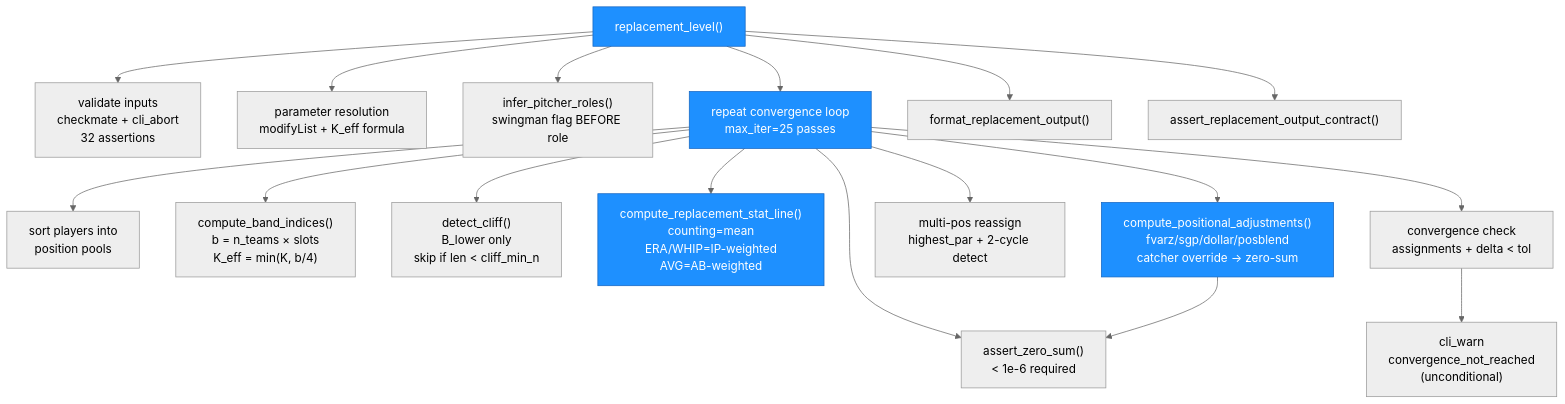
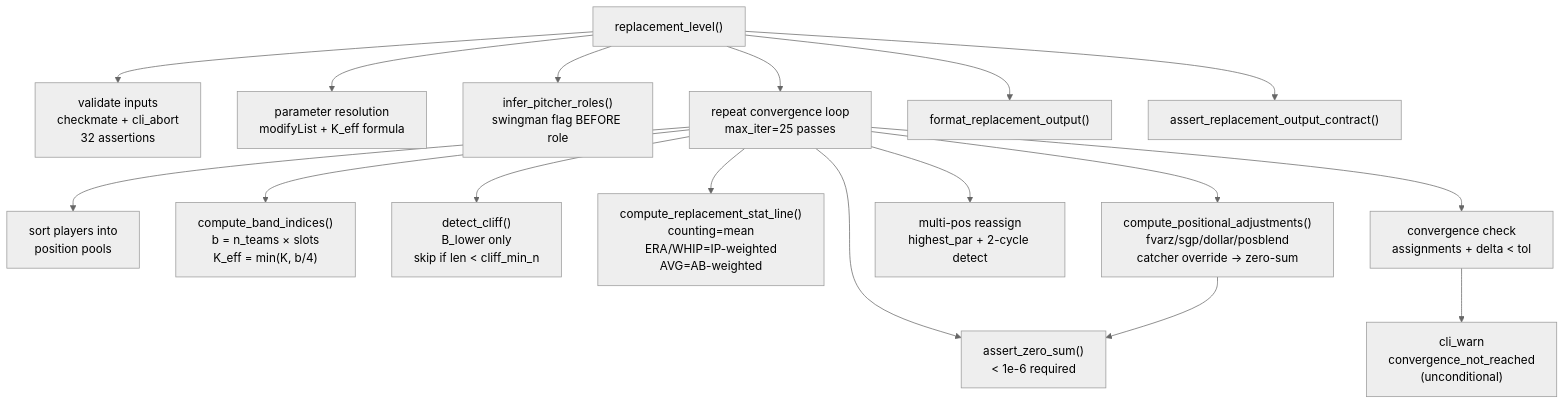
One commit to JDenn0514/rotostats changed the third of 5 diagrams in ARCHITECTURE.md. Above: the diagram before and after it, drawn with Mermaid. The commit also changed other lines of this file and 1 other file, not shown here.

````diff
--- a/ARCHITECTURE.md
+++ b/ARCHITECTURE.md
@@ -155,28 +157,24 @@
 ```mermaid
 %%{init: {'theme': 'neutral'}}%%
 graph TD
     RL["replacement_level()"] --> VA["validate inputs\ncheckmate + cli_abort\n32 assertions"]
     RL --> PRES["parameter resolution\nmodifyList + K_eff formula"]
     RL --> ROLE["infer_pitcher_roles()\nswingman flag BEFORE role"]
     RL --> LOOP["repeat convergence loop\nmax_iter=25 passes"]
 
     LOOP --> SORT["sort players into\nposition pools"]
     LOOP --> BAND["compute_band_indices()\nb = n_teams × slots\nK_eff = min(K, b/4)"]
     LOOP --> CLIFF["detect_cliff()\nB_lower only\nskip if len < cliff_min_n"]
     LOOP --> STATLINE["compute_replacement_stat_line()\ncounting=mean\nERA/WHIP=IP-weighted\nAVG=AB-weighted"]
     LOOP --> ADJ["compute_positional_adjustments()\nfvarz/sgp/dollar/posblend\ncatcher override → zero-sum"]
     LOOP --> ZS["assert_zero_sum()\n< 1e-6 required"]
     LOOP --> MPOS["multi-pos reassign\nhighest_par + 2-cycle detect"]
     LOOP --> CONV["convergence check\nassignments + delta < tol"]
 
     ADJ --> ZS
     CONV --> WARN["cli_warn\nconvergence_not_reached\n(unconditional)"]
 
     RL --> FMT["format_replacement_output()"]
     RL --> CHK["assert_replacement_output_contract()"]
 
-    style RL fill:#1e90ff,stroke:#1565c0,color:#fff
-    style LOOP fill:#1e90ff,stroke:#1565c0,color:#fff
-    style ADJ fill:#1e90ff,stroke:#1565c0,color:#fff
-    style STATLINE fill:#1e90ff,stroke:#1565c0,color:#fff
 ```
````
